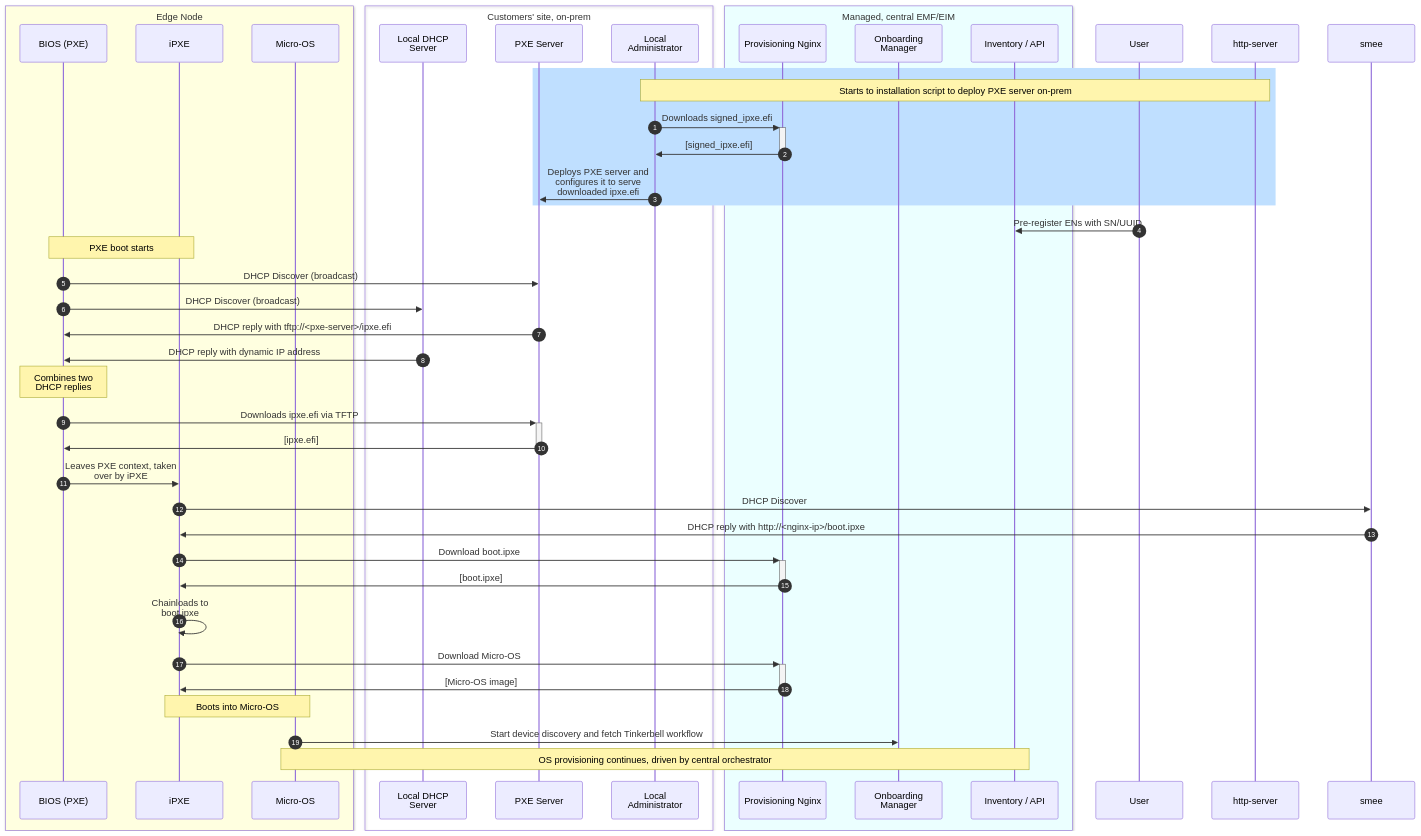
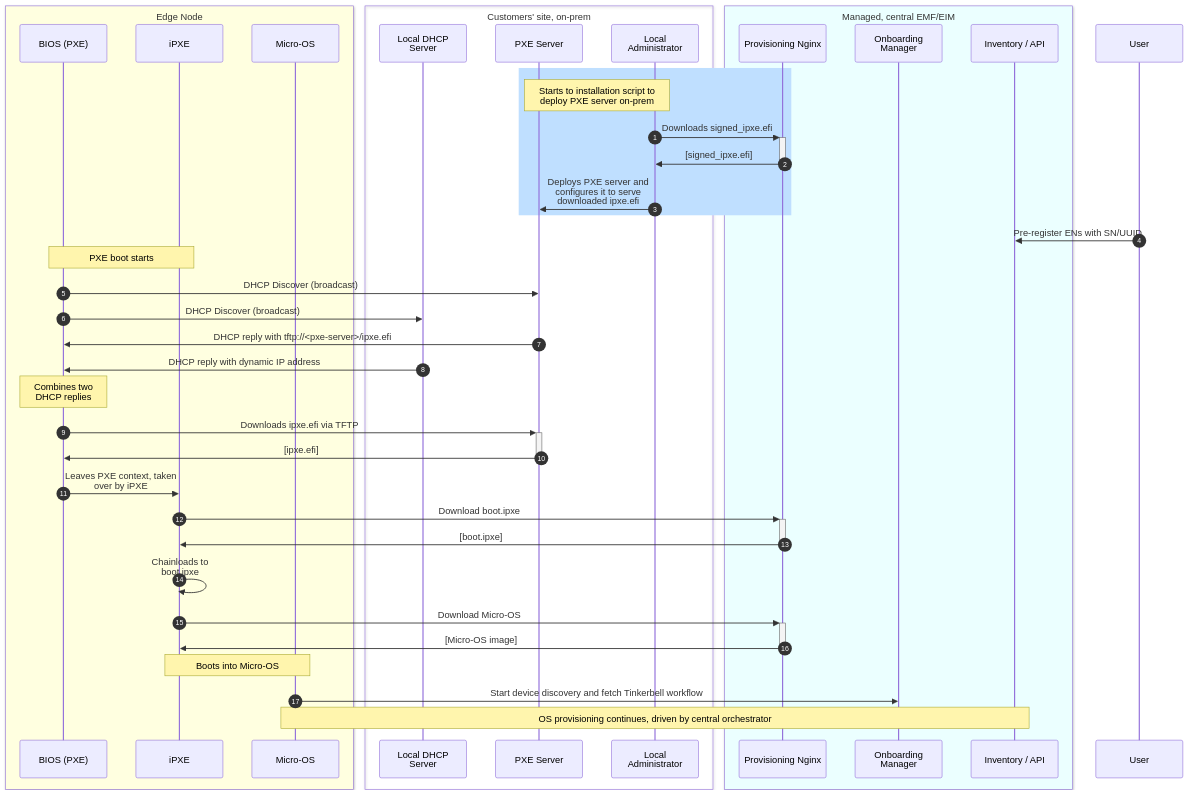
One commit to open-edge-platform/edge-manageability-framework changed the diagram in design-proposals/eim-pxe-with-managed-emf.md. Above: the diagram before and after it, drawn with Mermaid.

````diff
--- a/design-proposals/eim-pxe-with-managed-emf.md
+++ b/design-proposals/eim-pxe-with-managed-emf.md
@@ -42,64 +42,61 @@
 ```mermaid
 sequenceDiagram
 %%{wrap}%%
 autonumber
 
   box LightYellow Edge Node
   participant bios as BIOS (PXE)
   participant ipxe as iPXE
   participant microos as Micro-OS
   end
 
   box Customers' site, on-prem
   participant dhcp as Local DHCP Server
   participant pxe-server as PXE Server
   participant local-admin as Local Administrator
   end
 
   box rgb(235,255,255) Managed, central EMF/EIM
   participant pa as Provisioning Nginx
   participant om as Onboarding Manager
   participant inv as Inventory / API
   end
 
   participant user as User
 
   rect rgb(191, 223, 255)
-  note over http-server,local-admin: Starts to installation script to deploy PXE server on-prem
+  note over pxe-server,local-admin: Starts to installation script to deploy PXE server on-prem
   local-admin->>+pa: Downloads signed_ipxe.efi
   pa->>-local-admin: [signed_ipxe.efi]
   local-admin->>pxe-server: Deploys PXE server and configures it to serve downloaded ipxe.efi
   end
 
   user->>inv: Pre-register ENs with SN/UUID
   note over bios,ipxe: PXE boot starts
 
   bios->>pxe-server: DHCP Discover (broadcast)
   bios->>dhcp: DHCP Discover (broadcast)
   pxe-server->>bios: DHCP reply with tftp://<pxe-server>/ipxe.efi
   dhcp->>bios: DHCP reply with dynamic IP address
 
   note over bios: Combines two DHCP replies
 
   bios->>+pxe-server: Downloads ipxe.efi via TFTP
   pxe-server->>-bios: [ipxe.efi]
 
   bios->>ipxe: Leaves PXE context, taken over by iPXE
 
-  ipxe->>smee: DHCP Discover
-  smee->>ipxe: DHCP reply with http://<nginx-ip>/boot.ipxe
-  
   ipxe->>+pa: Download boot.ipxe
   pa->>-ipxe: [boot.ipxe]
   
   ipxe->>ipxe: Chainloads to boot.ipxe
 
   ipxe->>+pa: Download Micro-OS
   pa->>-ipxe: [Micro-OS image]
   
   note over ipxe,microos: Boots into Micro-OS
 
   microos->>om: Start device discovery and fetch Tinkerbell workflow
 
   note over microos,inv: OS provisioning continues, driven by central orchestrator
 ```
````
